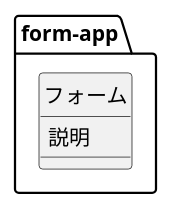
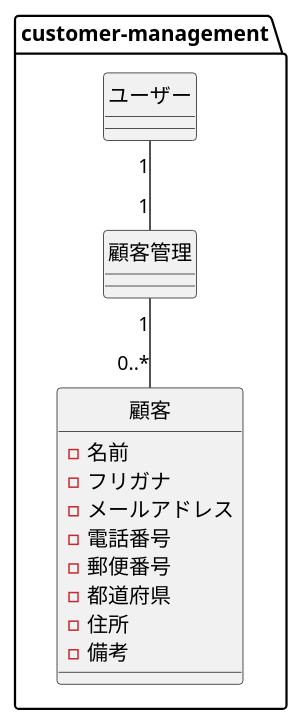
The diagram in document/ドメインモデル図/DomainModel.puml (fumiakikobayashi/customer-management-sample), drawn with PlantUML before and after one commit.

Commit message:
create first uml

```diff
--- a/document/ドメインモデル図/DomainModel.puml
+++ b/document/ドメインモデル図/DomainModel.puml
@@ -1,11 +1,25 @@
 @startuml
 
 hide circle
 
-package form-app {
-	class フォーム {
-	    説明
+package customer-management {
+    class ユーザー {
+    }
+	class 顧客管理 {
 	}
+	class 顧客 {
+        - 名前
+        - フリガナ
+        - メールアドレス
+        - 電話番号
+        - 郵便番号
+        - 都道府県
+        - 住所
+        - 備考
+    }
+
+    ユーザー "1" -- "1" 顧客管理
+    顧客管理 "1" -- "0..*" 顧客
 }
 
 @enduml
```
